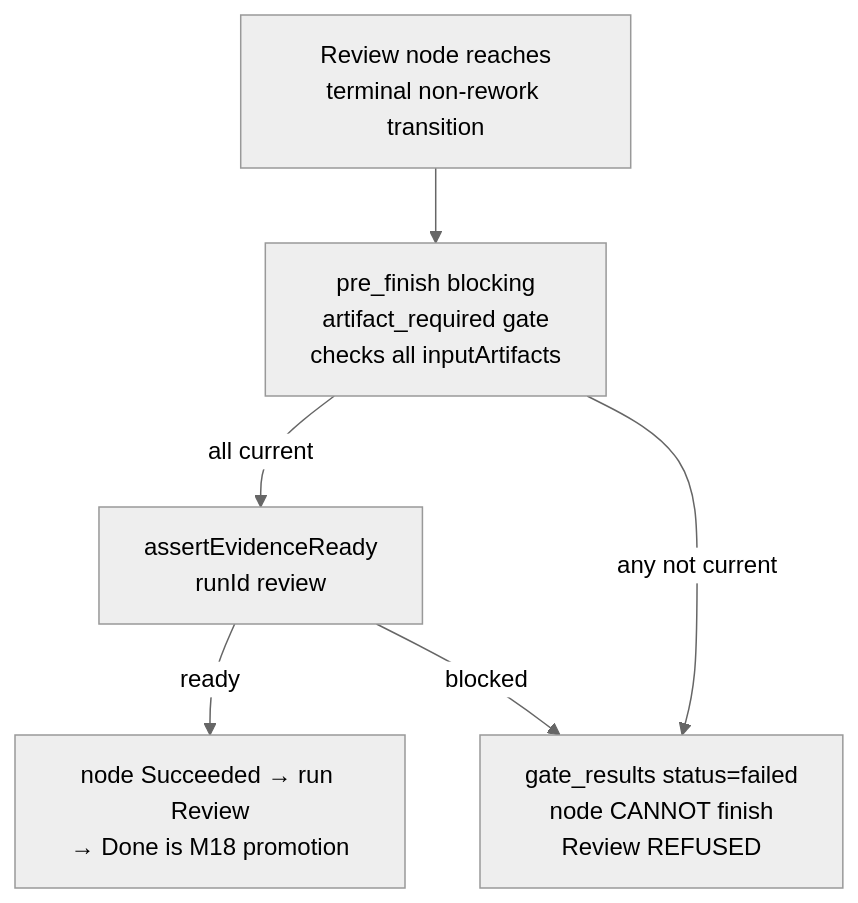
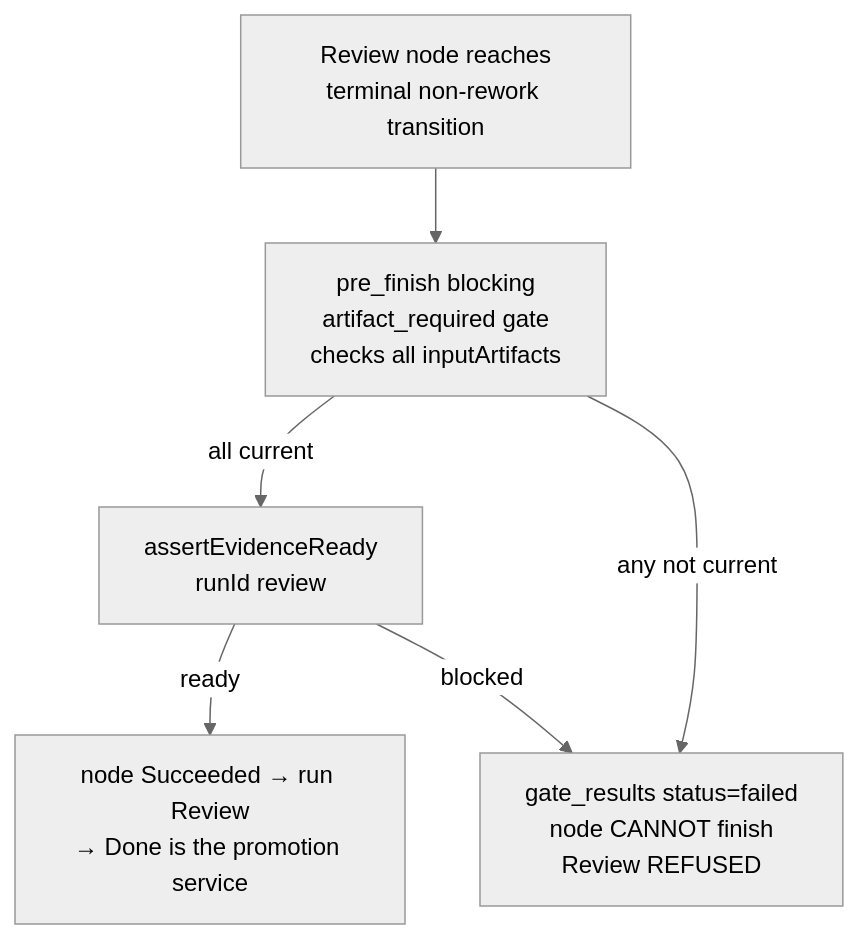
Before and after one commit to maister-dev/maister: the fifth of 6 diagrams in docs/system-analytics/artifacts.md, drawn with Mermaid (neutral theme). The commit also changed other lines of this file and 89 other files, not shown here.

````diff
--- a/docs/system-analytics/artifacts.md
+++ b/docs/system-analytics/artifacts.md
@@ -242,8 +242,8 @@
 ```mermaid
 flowchart TD
     HITL[Review node reaches\nterminal non-rework transition] --> Gate[pre_finish blocking\nartifact_required gate\nchecks all inputArtifacts]
     Gate -->|all current| AssertReady[assertEvidenceReady\nrunId review]
-    AssertReady -->|ready| Done[node Succeeded → run Review\n→ Done is M18 promotion]
+    AssertReady -->|ready| Done[node Succeeded → run Review\n→ Done is the promotion service]
     Gate -->|any not current| Refused[gate_results status=failed\nnode CANNOT finish\nReview REFUSED]
     AssertReady -->|blocked| Refused
 ```
````
